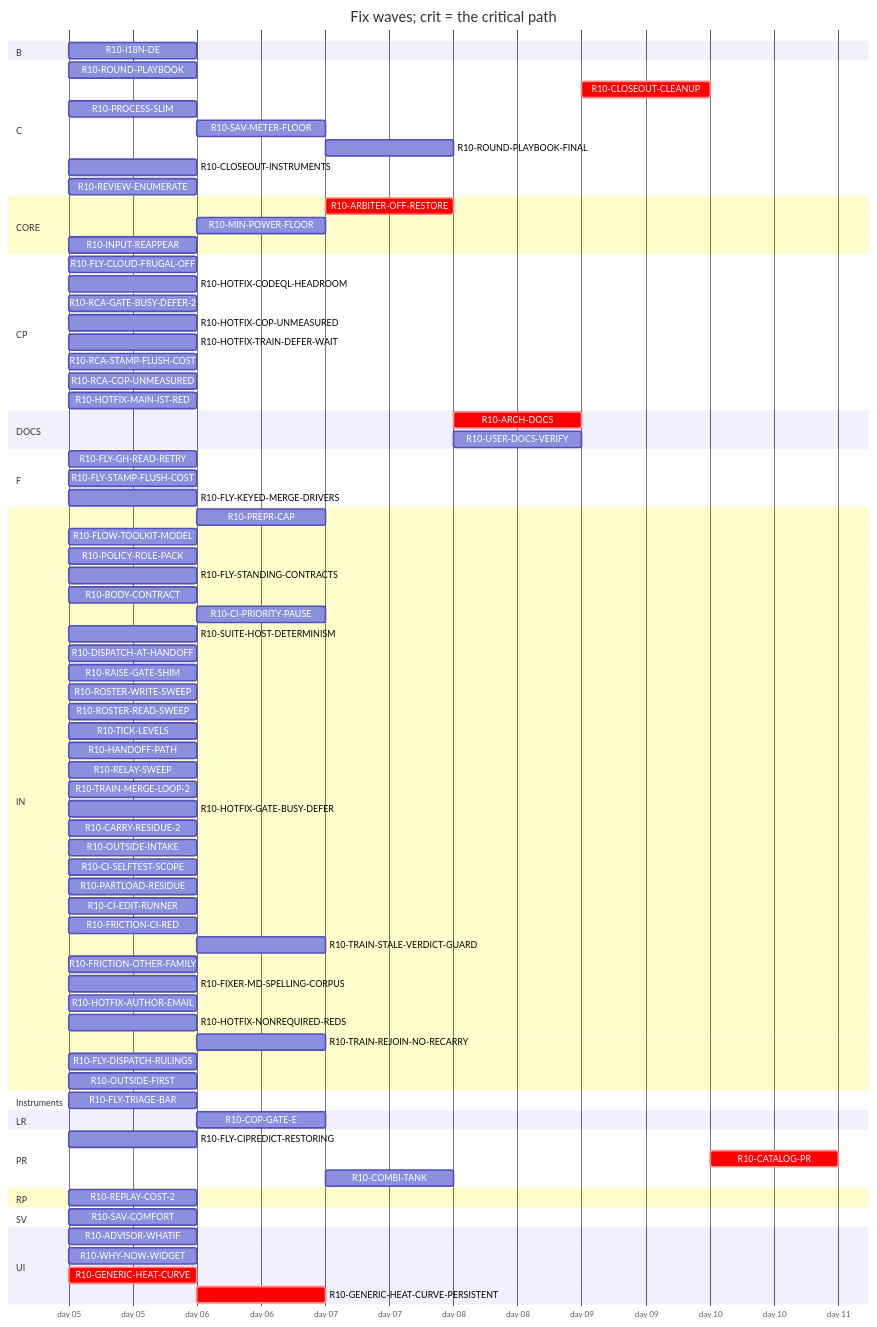
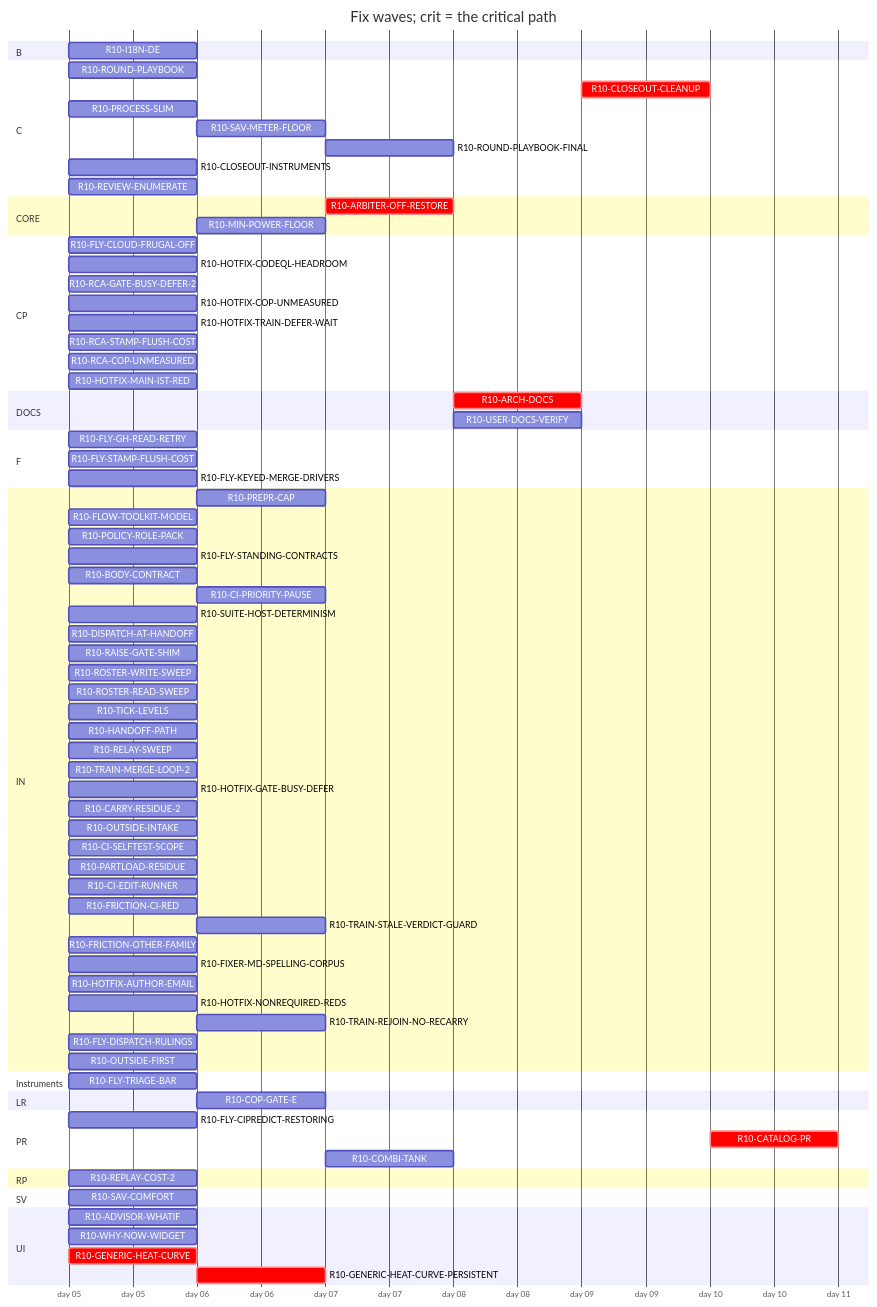
One commit to tvofi/heatpump_optimizer changed the diagram in handoff/round10/state/PLAN-TABLE.md. Above: the diagram before and after it, drawn with Mermaid. The commit also changed other lines of this file and 4 other files, not shown here.

Commit message:
state: FLOW-BOARD.md, NEXT-SESSION-PROMPT.md, PLAN-TABLE.md, PLAN.html, RESUME-CURRENT.md regenerated (state_docs.py)

```diff
--- a/handoff/round10/state/PLAN-TABLE.md
+++ b/handoff/round10/state/PLAN-TABLE.md
@@ -41,7 +41,6 @@
   section CORE
     R10-ARBITER-OFF-RESTORE :crit, r10ARBITEROFFRESTORE, after r10GENERICHEATCURVE r10GENERICHEATCURVEPERSISTENT, 1d
     R10-MIN-POWER-FLOOR :r10MINPOWERFLOOR, after r10HOTFIXCOPUNMEASURED r10GENERICHEATCURVE, 1d
-    R10-INPUT-REAPPEAR :r10INPUTREAPPEAR, 2026-01-05, 1d
   section CP
     R10-FLY-CLOUD-FRUGAL-OFF :r10FLYCLOUDFRUGALOFF, 2026-01-05, 1d
     R10-HOTFIX-CODEQL-HEADROOM :r10HOTFIXCODEQLHEADROOM, 2026-01-05, 1d
@@ -52,8 +51,8 @@
     R10-RCA-COP-UNMEASURED :r10RCACOPUNMEASURED, 2026-01-05, 1d
     R10-HOTFIX-MAIN-IST-RED :r10HOTFIXMAINISTRED, 2026-01-05, 1d
   section DOCS
-    R10-ARCH-DOCS :crit, r10ARCHDOCS, after r10SAVCOMFORT r10WHYNOWWIDGET r10ADVISORWHATIF r10PREPRCAP r10HANDOFFPATH r10RELAYSWEEP r10DISPATCHATHANDOFF r10BODYCONTRACT r10TICKLEVELS r10CIPRIORITYPAUSE r10ROSTERWRITESWEEP r10ROSTERREADSWEEP r10FLYSTANDINGCONTRACTS r10POLICYROLEPACK r10FLOWTOOLKITMODEL r10FLYCIPREDICTRESTORING r10RAISEGATESHIM r10FLYGHREADRETRY r10SUITEHOSTDETERMINISM r10PROCESSSLIM r10SAVMETERFLOOR r10HOTFIXCOPUNMEASURED r10COPGATEE r10PARTLOADRESIDUE r10I18NDE r10GENERICHEATCURVE r10GENERICHEATCURVEPERSISTENT r10ARBITEROFFRESTORE r10TRAINMERGELOOP2 r10HOTFIXGATEBUSYDEFER r10CARRYRESIDUE2 r10REPLAYCOST2 r10HOTFIXCODEQLHEADROOM r10OUTSIDEINTAKE r10FLYSTAMPFLUSHCOST r10HOTFIXTRAINDEFERWAIT r10CISELFTESTSCOPE r10CIEDITRUNNER r10TRAINSTALEVERDICTGUARD r10COMBITANK r10CLOSEOUTINSTRUMENTS r10MINPOWERFLOOR r10ROUNDPLAYBOOK r10RCAGATEBUSYDEFER2 r10FRICTIONCIRED r10FRICTIONOTHERFAMILY r10RCASTAMPFLUSHCOST r10RCACOPUNMEASURED r10INPUTREAPPEAR, 1d
-    R10-USER-DOCS-VERIFY :r10USERDOCSVERIFY, after r10SAVCOMFORT r10WHYNOWWIDGET r10ADVISORWHATIF r10SAVMETERFLOOR r10HOTFIXCOPUNMEASURED r10COPGATEE r10PARTLOADRESIDUE r10I18NDE r10GENERICHEATCURVE r10GENERICHEATCURVEPERSISTENT r10ARBITEROFFRESTORE r10COMBITANK r10MINPOWERFLOOR r10INPUTREAPPEAR, 1d
+    R10-ARCH-DOCS :crit, r10ARCHDOCS, after r10SAVCOMFORT r10WHYNOWWIDGET r10ADVISORWHATIF r10PREPRCAP r10HANDOFFPATH r10RELAYSWEEP r10DISPATCHATHANDOFF r10BODYCONTRACT r10TICKLEVELS r10CIPRIORITYPAUSE r10ROSTERWRITESWEEP r10ROSTERREADSWEEP r10FLYSTANDINGCONTRACTS r10POLICYROLEPACK r10FLOWTOOLKITMODEL r10FLYCIPREDICTRESTORING r10RAISEGATESHIM r10FLYGHREADRETRY r10SUITEHOSTDETERMINISM r10PROCESSSLIM r10SAVMETERFLOOR r10HOTFIXCOPUNMEASURED r10COPGATEE r10PARTLOADRESIDUE r10I18NDE r10GENERICHEATCURVE r10GENERICHEATCURVEPERSISTENT r10ARBITEROFFRESTORE r10TRAINMERGELOOP2 r10HOTFIXGATEBUSYDEFER r10CARRYRESIDUE2 r10REPLAYCOST2 r10HOTFIXCODEQLHEADROOM r10OUTSIDEINTAKE r10FLYSTAMPFLUSHCOST r10HOTFIXTRAINDEFERWAIT r10CISELFTESTSCOPE r10CIEDITRUNNER r10TRAINSTALEVERDICTGUARD r10COMBITANK r10CLOSEOUTINSTRUMENTS r10MINPOWERFLOOR r10ROUNDPLAYBOOK r10RCAGATEBUSYDEFER2 r10FRICTIONCIRED r10FRICTIONOTHERFAMILY r10RCASTAMPFLUSHCOST r10RCACOPUNMEASURED, 1d
+    R10-USER-DOCS-VERIFY :r10USERDOCSVERIFY, after r10SAVCOMFORT r10WHYNOWWIDGET r10ADVISORWHATIF r10SAVMETERFLOOR r10HOTFIXCOPUNMEASURED r10COPGATEE r10PARTLOADRESIDUE r10I18NDE r10GENERICHEATCURVE r10GENERICHEATCURVEPERSISTENT r10ARBITEROFFRESTORE r10COMBITANK r10MINPOWERFLOOR, 1d
   section F
     R10-FLY-GH-READ-RETRY :r10FLYGHREADRETRY, 2026-01-05, 1d
     R10-FLY-STAMP-FLUSH-COST :r10FLYSTAMPFLUSHCOST, 2026-01-05, 1d
```
